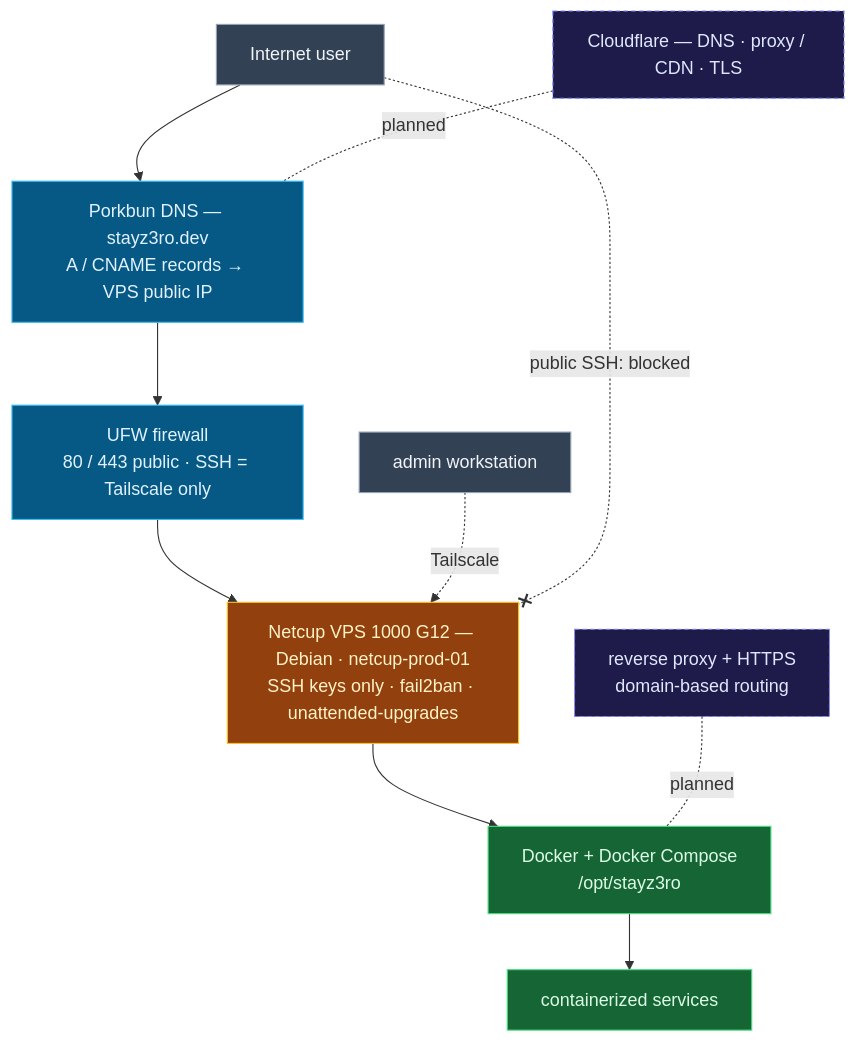
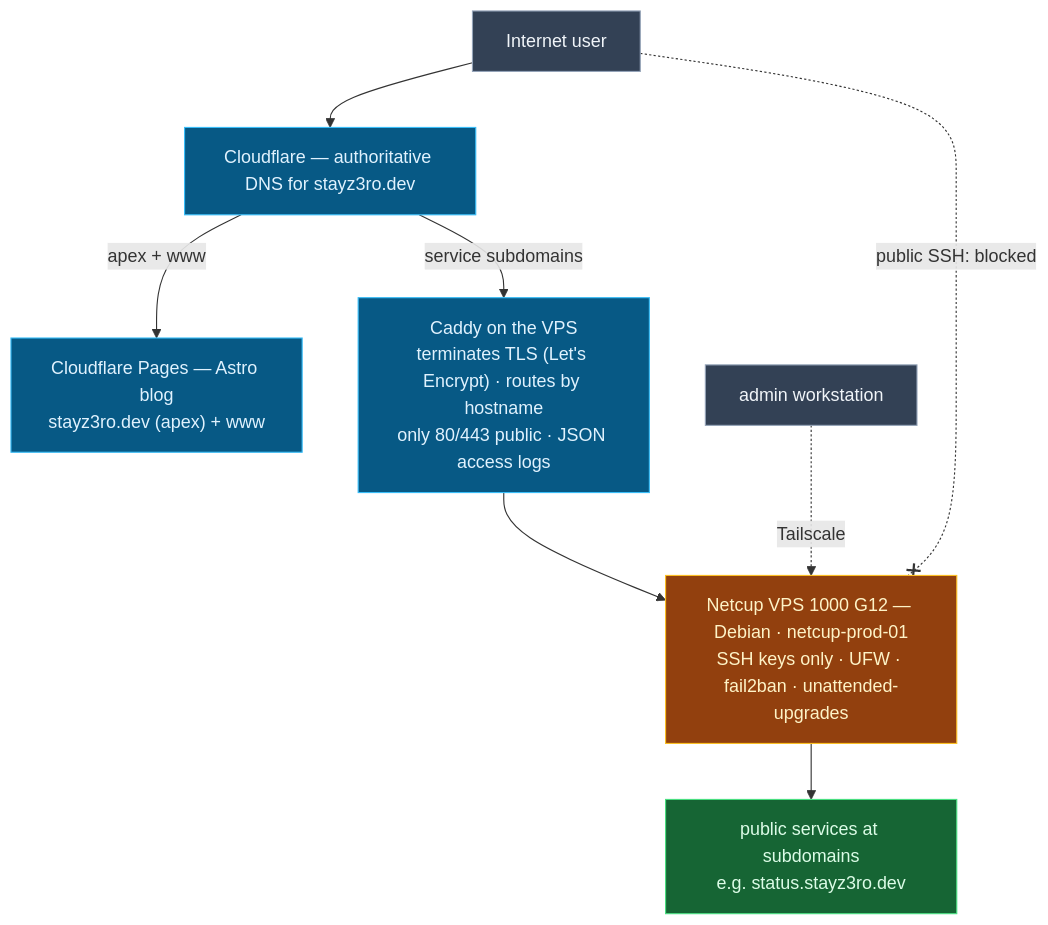
One commit to stayZ3RO/vps-cloud-infra-lab changed the diagram in diagrams/architecture.md. Above: the diagram before and after it, drawn with Mermaid. The commit also changed other lines of this file, not shown here.

Commit message:
diagrams: architecture reflects blog-at-apex + Caddy-at-subdomains

````diff
--- a/diagrams/architecture.md
+++ b/diagrams/architecture.md
@@ -7,29 +8,26 @@
 ```mermaid
 flowchart TD
     USER["Internet user"]
-    DNS["Porkbun DNS — stayz3ro.dev<br/>A / CNAME records → VPS public IP"]
-    UFW["UFW firewall<br/>80 / 443 public · SSH = Tailscale only"]
-    VPS["Netcup VPS 1000 G12 — Debian · netcup-prod-01<br/>SSH keys only · fail2ban · unattended-upgrades"]
-    DOCKER["Docker + Docker Compose<br/>/opt/stayz3ro"]
-    SVCS["containerized services"]
+    CF["Cloudflare — authoritative DNS for stayz3ro.dev"]
+    PAGES["Cloudflare Pages — Astro blog<br/>stayz3ro.dev (apex) + www"]
+    CADDY["Caddy on the VPS<br/>terminates TLS (Let's Encrypt) · routes by hostname<br/>only 80/443 public · JSON access logs"]
+    VPS["Netcup VPS 1000 G12 — Debian · netcup-prod-01<br/>SSH keys only · UFW · fail2ban · unattended-upgrades"]
+    SVCS["public services at subdomains<br/>e.g. status.stayz3ro.dev"]
     ADMIN["admin workstation"]
 
-    USER --> DNS --> UFW --> VPS --> DOCKER --> SVCS
+    USER --> CF
+    CF -->|apex + www| PAGES
+    CF -->|"service subdomains"| CADDY
+    CADDY --> VPS --> SVCS
     ADMIN -.->|Tailscale| VPS
     USER -. "public SSH: blocked" .-x VPS
-
-    CF["Cloudflare — DNS · proxy / CDN · TLS"]:::planned
-    PROXY["reverse proxy + HTTPS<br/>domain-based routing"]:::planned
-    CF -. planned .- DNS
-    PROXY -. planned .- DOCKER
 
     classDef ext fill:#334155,stroke:#94a3b8,color:#f1f5f9
     classDef edge fill:#075985,stroke:#38bdf8,color:#e0f2fe
     classDef host fill:#92400e,stroke:#fbbf24,color:#fef3c7
     classDef svc fill:#166534,stroke:#4ade80,color:#dcfce7
-    classDef planned fill:#1e1b4b,stroke:#818cf8,color:#e0e7ff,stroke-dasharray:4 3
     class USER,ADMIN ext
-    class DNS,UFW edge
+    class CF,PAGES,CADDY edge
     class VPS host
-    class DOCKER,SVCS svc
+    class SVCS svc
 ```
````
